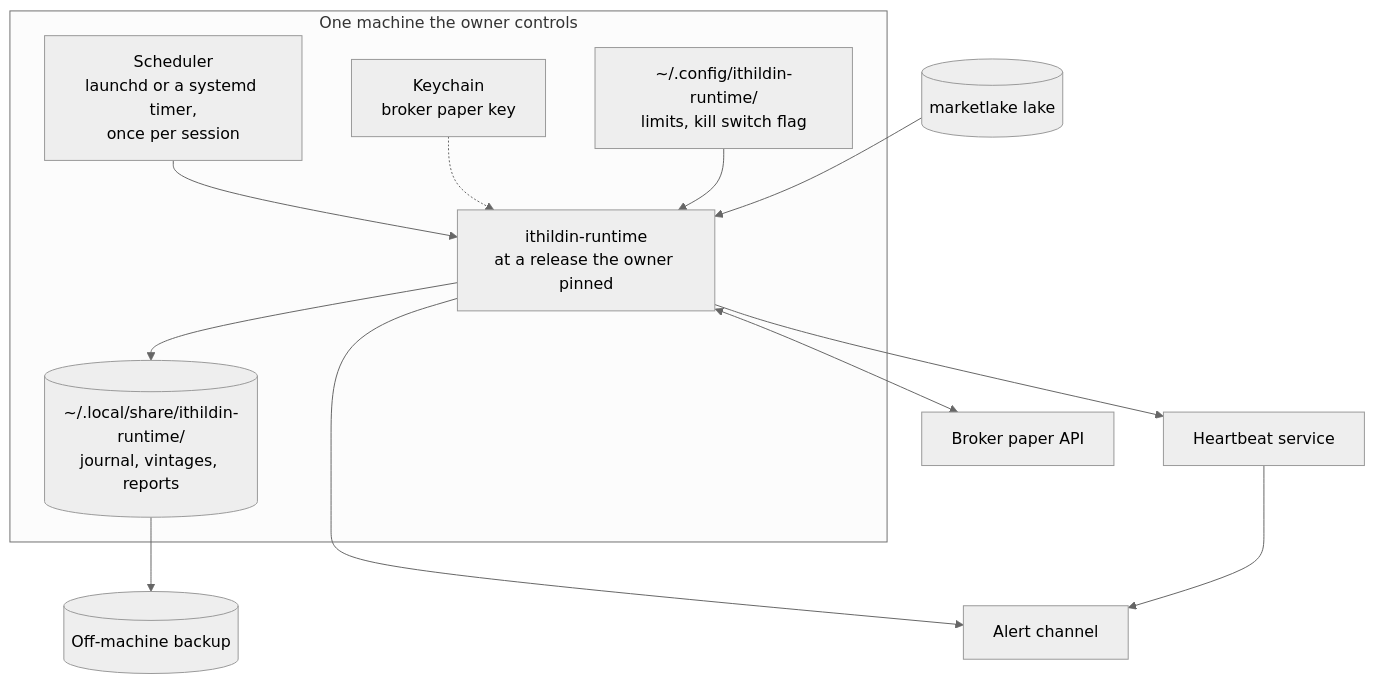
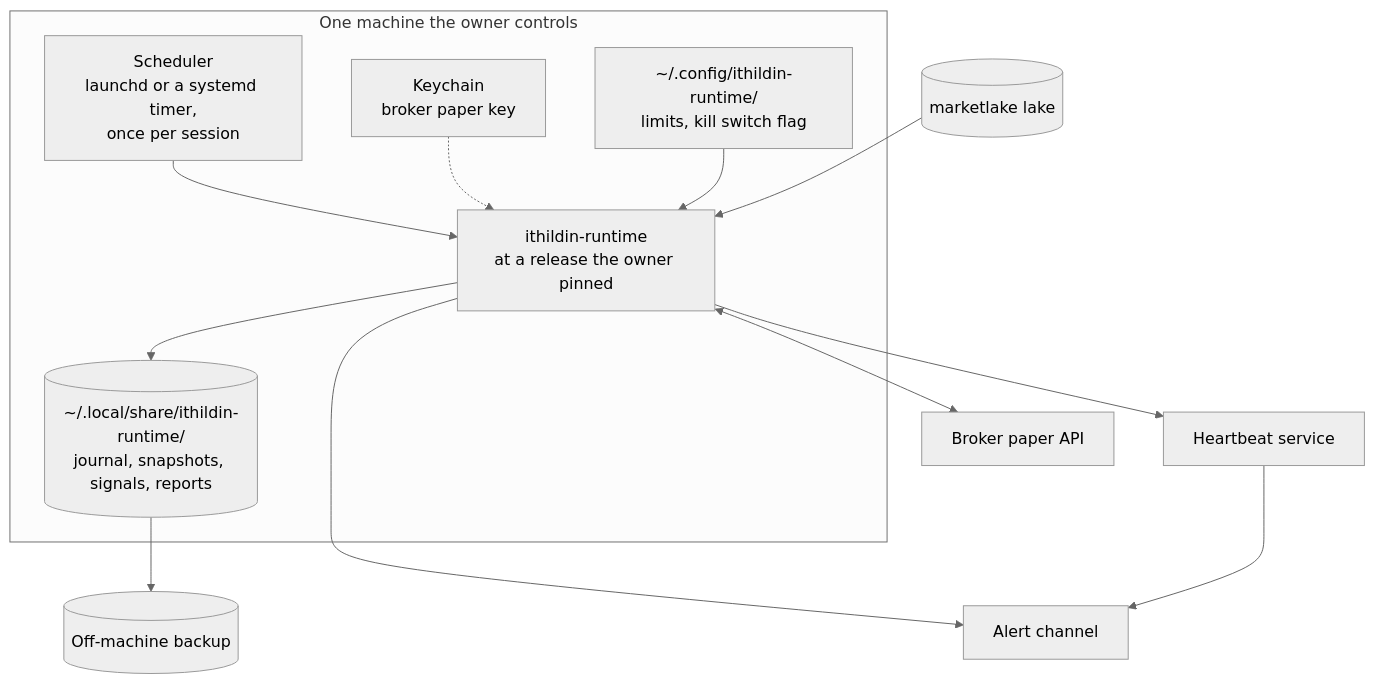
One commit to l3a0/ithildin-runtime changed diagram 15 of 16 in docs/architecture.md. Above: the diagram before and after it, drawn with Mermaid (neutral theme). The commit also changed other lines of this file, not shown here.

First line of the commit message:
docs(architecture): make marketlake the one bar provider

````diff
--- a/docs/architecture.md
+++ b/docs/architecture.md
@@ -1007,26 +1037,26 @@
 ```mermaid
 flowchart TB
     subgraph host["One machine the owner controls"]
         timer["Scheduler<br/>launchd or a systemd timer,<br/>once per session"]
         run["ithildin-runtime<br/>at a release the owner pinned"]
         keychain["Keychain<br/>broker paper key"]
         cfg["~/.config/ithildin-runtime/<br/>limits, kill switch flag"]
-        store[("~/.local/share/ithildin-runtime/<br/>journal, vintages, reports")]
+        store[("~/.local/share/ithildin-runtime/<br/>journal, snapshots, signals, reports")]
         timer --> run
         keychain -.-> run
         cfg --> run
         run --> store
     end
     lake[("marketlake lake")]
     broker["Broker paper API"]
     backup[("Off-machine backup")]
     beat["Heartbeat service"]
     alerts["Alert channel"]
 
     lake --> run
     run <--> broker
     store --> backup
     run --> beat
     run --> alerts
     beat --> alerts
 ```
````
